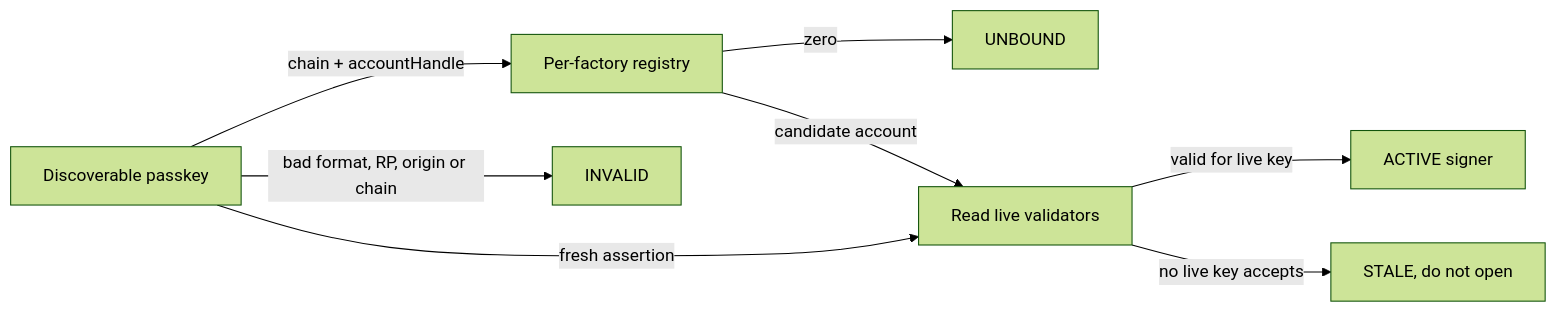
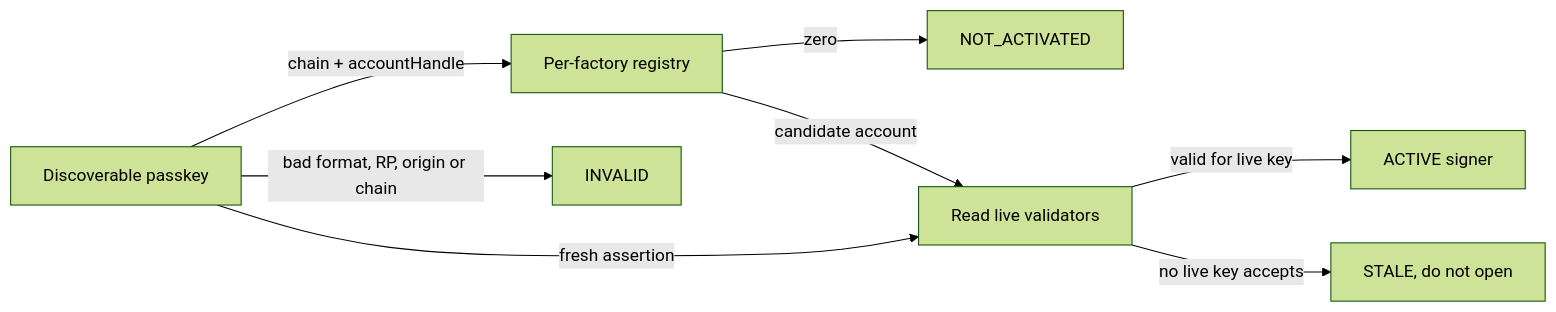
The second of 2 diagrams in docs/security/hardening/passkey-account-discovery/proposals/model-passkey-account-status.md (emirongrr/loom), drawn with Mermaid (forest theme) before and after one commit. The commit also changed other lines of this file and 5 other files, not shown here.

````diff
--- a/docs/security/hardening/passkey-account-discovery/proposals/model-passkey-account-status.md
+++ b/docs/security/hardening/passkey-account-discovery/proposals/model-passkey-account-status.md
@@ -45,10 +45,10 @@
 ```mermaid
 flowchart LR
   P[Discoverable passkey] -->|chain + accountHandle| R[Per-factory registry]
-  R -->|zero| U[UNBOUND]
+  R -->|zero| U[NOT_ACTIVATED]
   R -->|candidate account| V[Read live validators]
   P -->|fresh assertion| V
   V -->|valid for live key| A[ACTIVE signer]
   V -->|no live key accepts| S[STALE, do not open]
   P -->|bad format, RP, origin or chain| I[INVALID]
 ```
````
